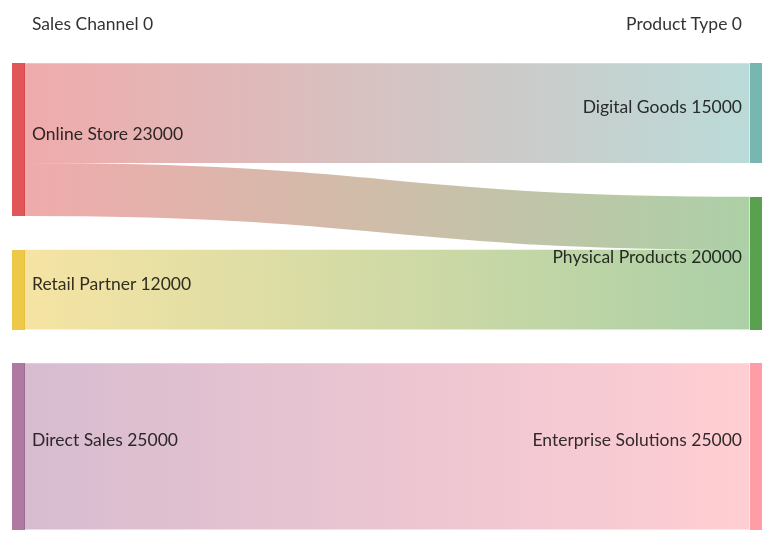
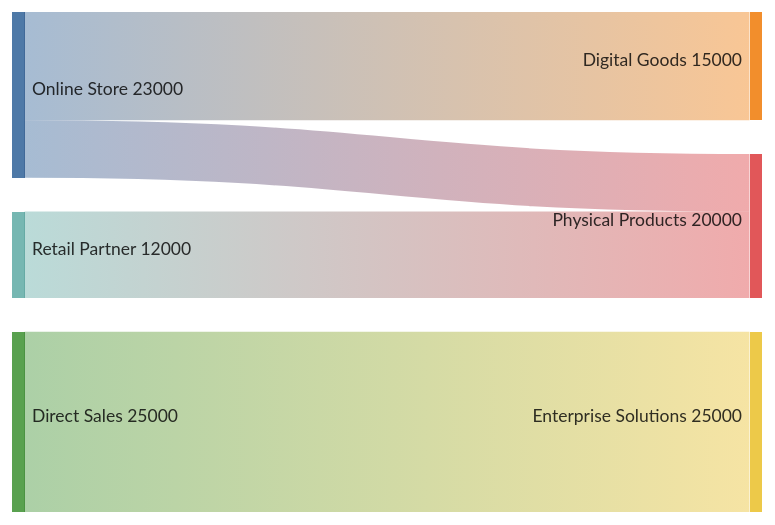
Diagram 19 of 19 in plugins/obsidian-blocks/skills/mermaid-diagramming/sankey.md (BitYoungjae/marketplace), drawn with Mermaid before and after one commit. The commit also changed other lines of this file and 14 other files, not shown here.

First line of the commit message:
feat(obsidian-blocks): add Session 3 Mermaid diagrams

````diff
--- a/plugins/obsidian-blocks/skills/mermaid-diagramming/sankey.md
+++ b/plugins/obsidian-blocks/skills/mermaid-diagramming/sankey.md
@@ -323,9 +375,9 @@
 ```mermaid
-sankey
+sankey-beta
 
-"Sales Channel","Product Type",Revenue
+%% Sales channels with quoted names
 "Online Store","Digital Goods",15000
 "Online Store","Physical Products",8000
 "Retail Partner","Physical Products",12000
 "Direct Sales","Enterprise Solutions",25000
 ```
````
